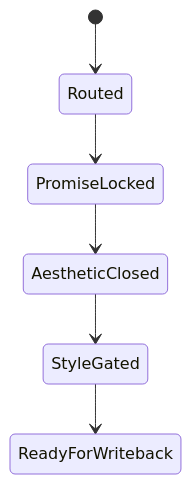
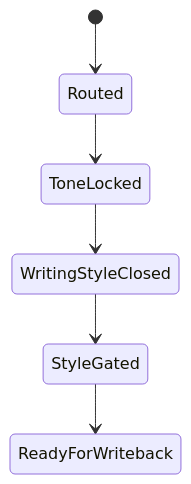
The second of 3 diagrams in .agents/skills/story/1-Cards/风格卡/SKILL.md (ZEN-VOID/AI-CUT), drawn with Mermaid before and after one commit. The commit also changed other lines of this file and 332 other files, not shown here.

````diff
--- a/.agents/skills/story/1-Cards/风格卡/SKILL.md
+++ b/.agents/skills/story/1-Cards/风格卡/SKILL.md
@@ -55,8 +59,8 @@
 ```mermaid
 stateDiagram-v2
     [*] --> Routed
-    Routed --> PromiseLocked
-    PromiseLocked --> AestheticClosed
-    AestheticClosed --> StyleGated
+    Routed --> ToneLocked
+    ToneLocked --> WritingStyleClosed
+    WritingStyleClosed --> StyleGated
     StyleGated --> ReadyForWriteback
 ```
````
